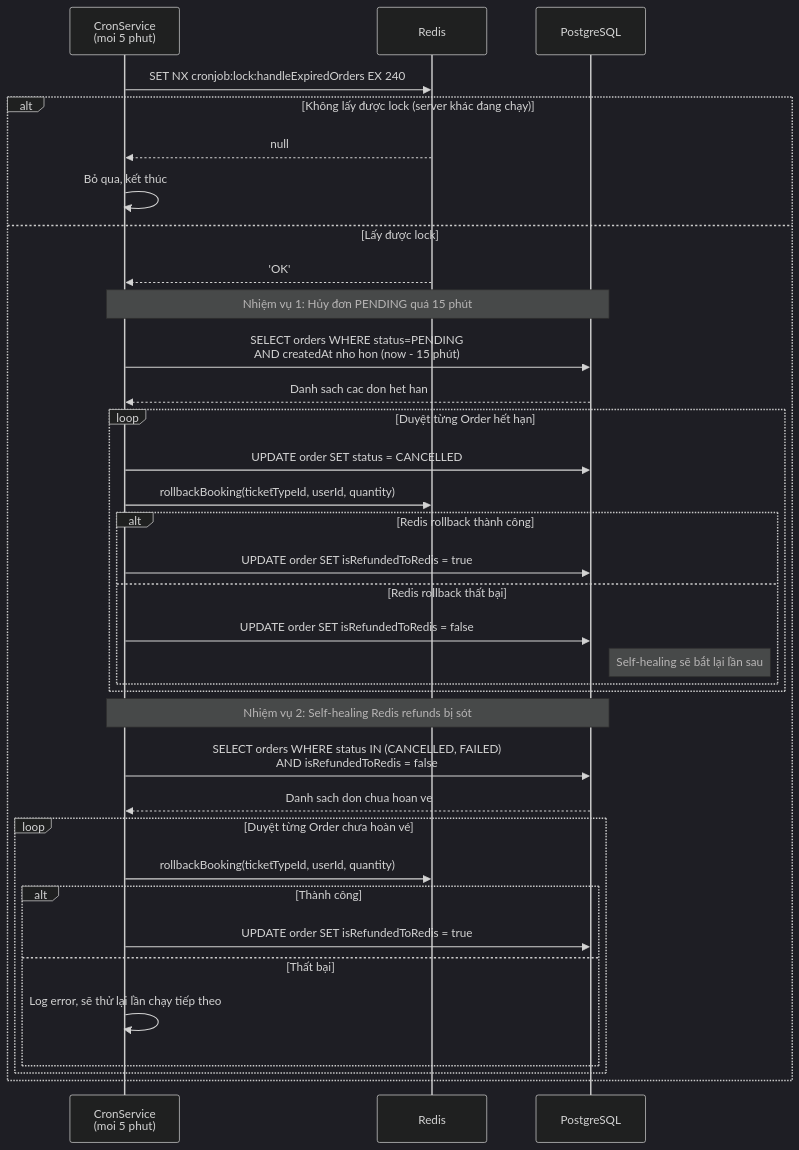
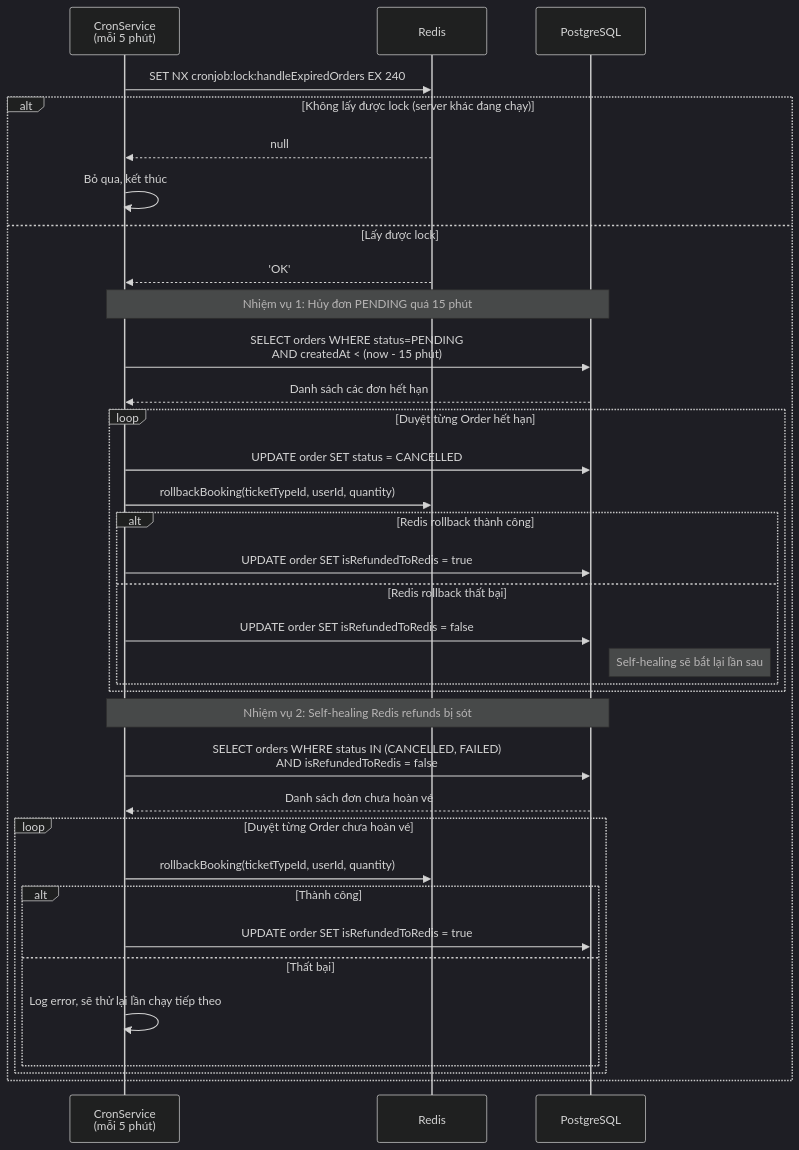
The sixth of 6 diagrams in blueprint/specs/booking.md (dorayakiiiiz/ticket-box), drawn with Mermaid (dark theme) before and after one commit. The commit also changed other lines of this file and 3 other files, not shown here.

````diff
--- a/blueprint/specs/booking.md
+++ b/blueprint/specs/booking.md
@@ -360,42 +332,42 @@
 ```mermaid
 sequenceDiagram
-    participant CRON as CronService<br/>(moi 5 phut)
+    participant CRON as CronService<br/>(mỗi 5 phút)
     participant R as Redis
     participant DB as PostgreSQL
 
     CRON->>R: SET NX cronjob:lock:handleExpiredOrders EX 240
     alt Không lấy được lock (server khác đang chạy)
         R-->>CRON: null
         CRON->>CRON: Bỏ qua, kết thúc
     else Lấy được lock
         R-->>CRON: 'OK'
 
         Note over CRON,DB: Nhiệm vụ 1: Hủy đơn PENDING quá 15 phút
-        CRON->>DB: SELECT orders WHERE status=PENDING<br/>AND createdAt nho hon (now - 15 phút)
-        DB-->>CRON: Danh sach cac don het han
+        CRON->>DB: SELECT orders WHERE status=PENDING<br/>AND createdAt < (now - 15 phút)
+        DB-->>CRON: Danh sách các đơn hết hạn
 
         loop Duyệt từng Order hết hạn
             CRON->>DB: UPDATE order SET status = CANCELLED
             CRON->>R: rollbackBooking(ticketTypeId, userId, quantity)
             alt Redis rollback thành công
                 CRON->>DB: UPDATE order SET isRefundedToRedis = true
             else Redis rollback thất bại
                 CRON->>DB: UPDATE order SET isRefundedToRedis = false
                 Note right of DB: Self-healing sẽ bắt lại lần sau
             end
         end
 
         Note over CRON,DB: Nhiệm vụ 2: Self-healing Redis refunds bị sót
         CRON->>DB: SELECT orders WHERE status IN (CANCELLED, FAILED)<br/>AND isRefundedToRedis = false
-        DB-->>CRON: Danh sach don chua hoan ve
+        DB-->>CRON: Danh sách đơn chưa hoàn vé
 
         loop Duyệt từng Order chưa hoàn vé
             CRON->>R: rollbackBooking(ticketTypeId, userId, quantity)
             alt Thành công
                 CRON->>DB: UPDATE order SET isRefundedToRedis = true
             else Thất bại
                 CRON->>CRON: Log error, sẽ thử lại lần chạy tiếp theo
             end
         end
     end
 ```
````
